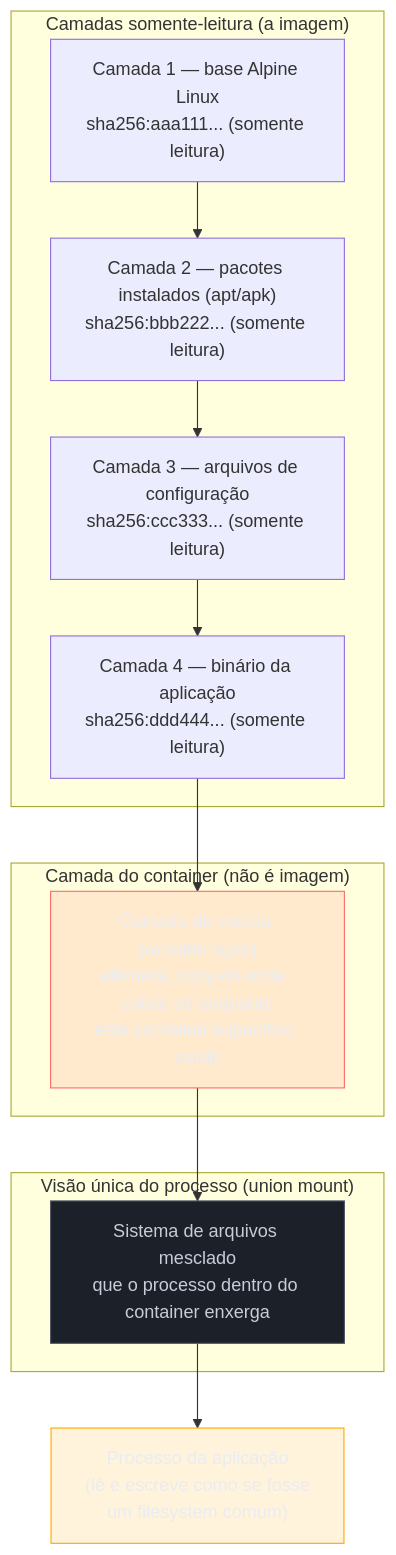
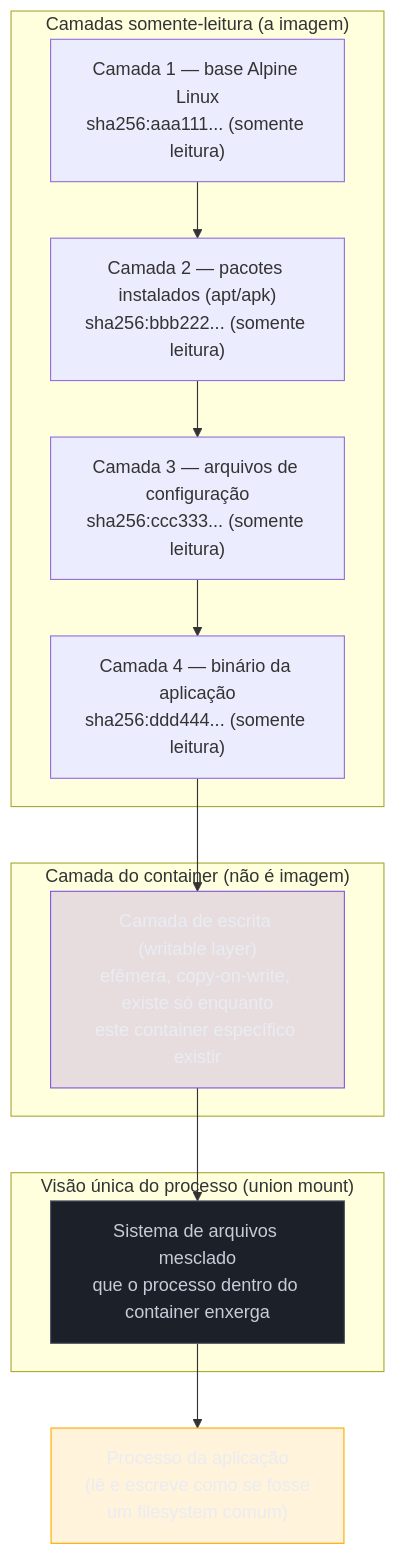
Before and after one commit to josenaldo/codex-technomanticus: the first of 3 diagrams in 03-Dominios/Tecnologia/Infraestrutura/Docker/02 - A anatomia de uma imagem.md, drawn with Mermaid. The commit also changed other lines of this file and 601 other files, not shown here.

````diff
--- a/03-Dominios/Tecnologia/Infraestrutura/Docker/02 - A anatomia de uma imagem.md
+++ b/03-Dominios/Tecnologia/Infraestrutura/Docker/02 - A anatomia de uma imagem.md
@@ -102,29 +102,29 @@
 ```mermaid
 graph TB
-    classDef falha fill:#FF6B6B24,stroke:#FF6B6B,color:#E9ECF2
+    classDef marca fill:#8855DF33,stroke:#8855DF,color:#E9ECF2
     classDef neutro fill:#1B2029,stroke:#4E5666,color:#C6CCD8
     classDef destaque fill:#FFAA0024,stroke:#FFAA00,color:#E9ECF2
     subgraph "Visão única do processo (union mount)"
         M["Sistema de arquivos mesclado\nque o processo dentro do container enxerga"]
     end
 
     subgraph "Camadas somente-leitura (a imagem)"
         L1["Camada 1 — base Alpine Linux\nsha256:aaa111... (somente leitura)"]
         L2["Camada 2 — pacotes instalados (apt/apk)\nsha256:bbb222... (somente leitura)"]
         L3["Camada 3 — arquivos de configuração\nsha256:ccc333... (somente leitura)"]
         L4["Camada 4 — binário da aplicação\nsha256:ddd444... (somente leitura)"]
     end
 
     subgraph "Camada do container (não é imagem)"
         W["Camada de escrita (writable layer)\nefêmera, copy-on-write, existe só enquanto\neste container específico existir"]
     end
 
     L1 --> L2 --> L3 --> L4 --> W --> M
 
     P["Processo da aplicação\n(lê e escreve como se fosse\num filesystem comum)"]
     M --> P
 
-    class W falha
+    class W marca
     class M neutro
     class P destaque
 ```
````
